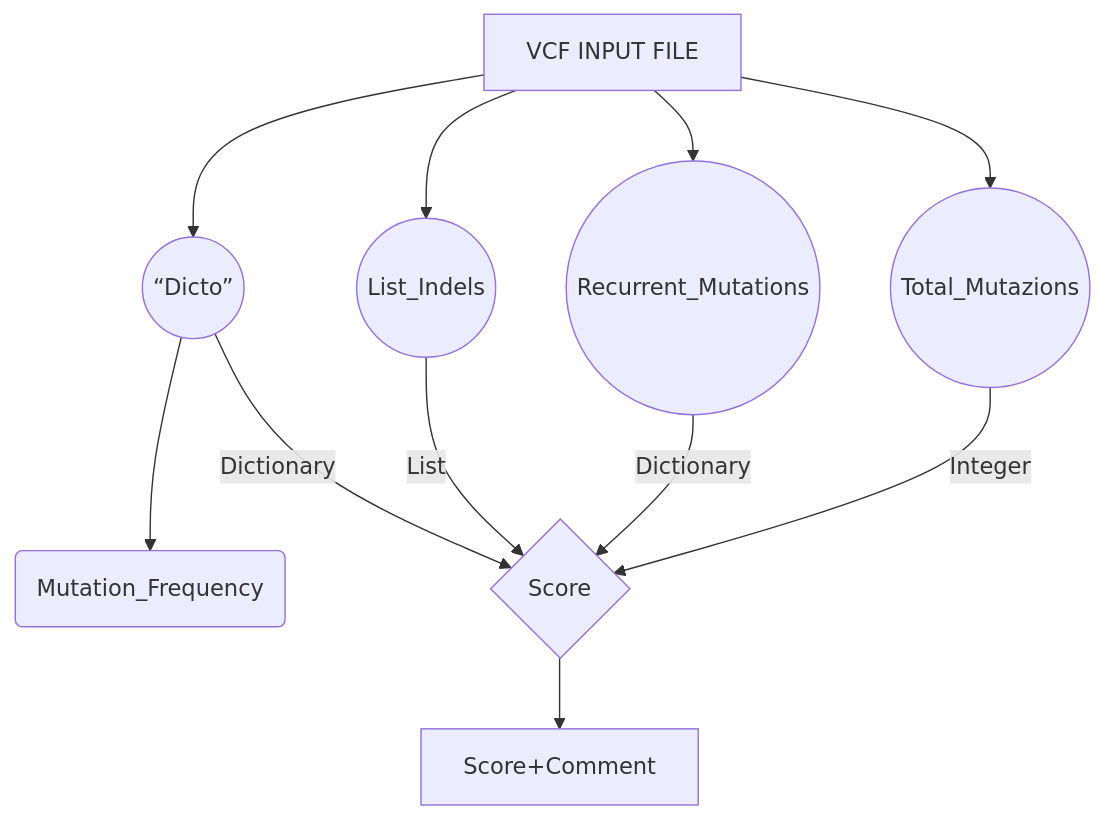
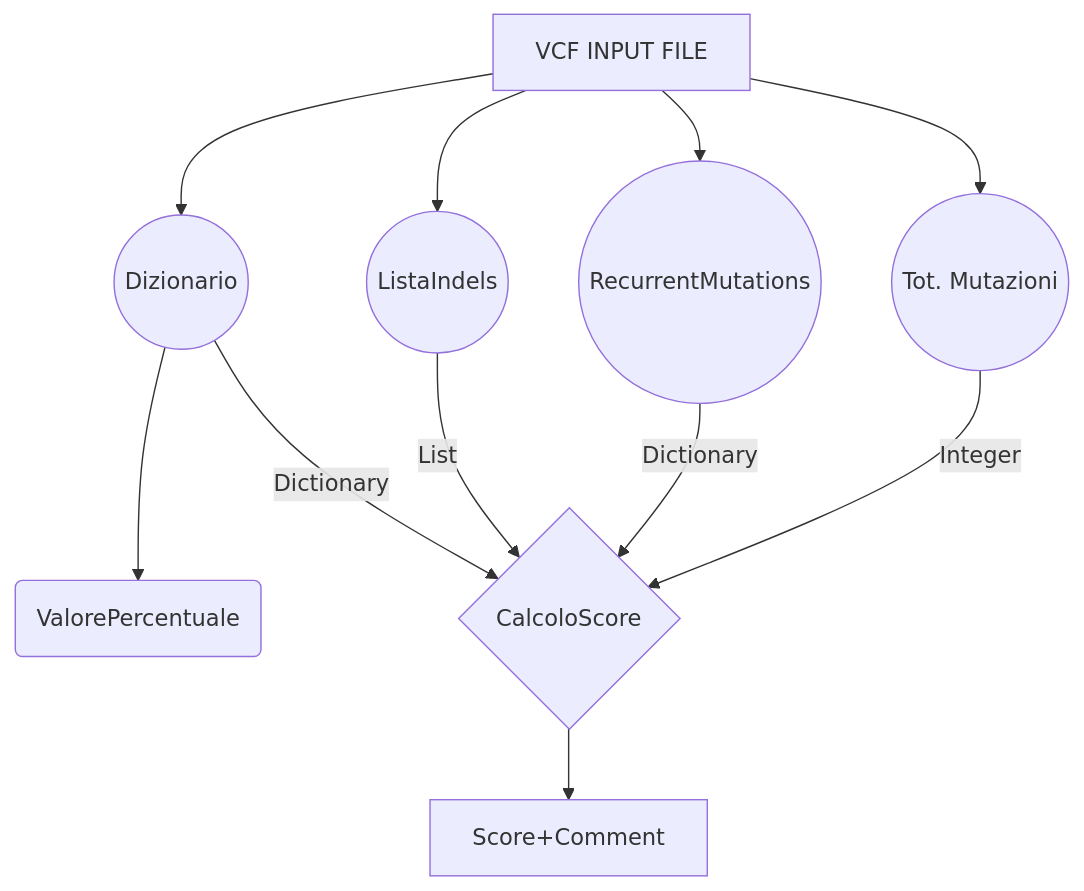
Before and after one commit to bioinformatics-policlinicogemelli/POLE: the first of 2 diagrams in README.md, drawn with Mermaid.

````diff
--- a/README.md
+++ b/README.md
@@ -55,12 +55,12 @@
 ```mermaid
 graph TD
-A[VCF INPUT FILE] --> B((“Dicto”))
-A --> D((Total_Mutazions))
-A --> C((List_Indels))
-A --> R((Recurrent_Mutations))
-B --> F(Mutation_Frequency)
-B -- Dictionary--> E{Score}
+A[VCF INPUT FILE] --> B((Dizionario))
+A --> D((Tot. Mutazioni))
+A --> C((ListaIndels))
+A --> R((RecurrentMutations))
+B --> F(ValorePercentuale)
+B -- Dictionary--> E{CalcoloScore}
 C -- List --> E
 R -- Dictionary --> E
 D -- Integer --> E --> Score+Comment
 ```
````
